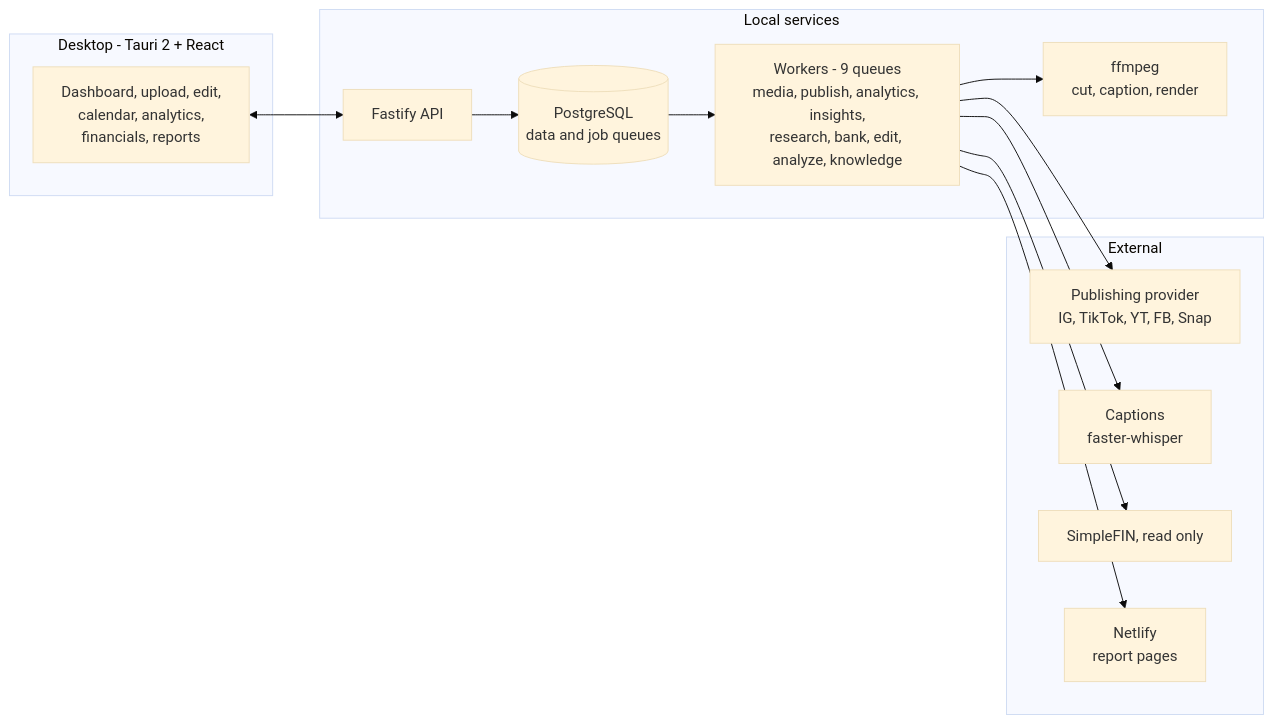
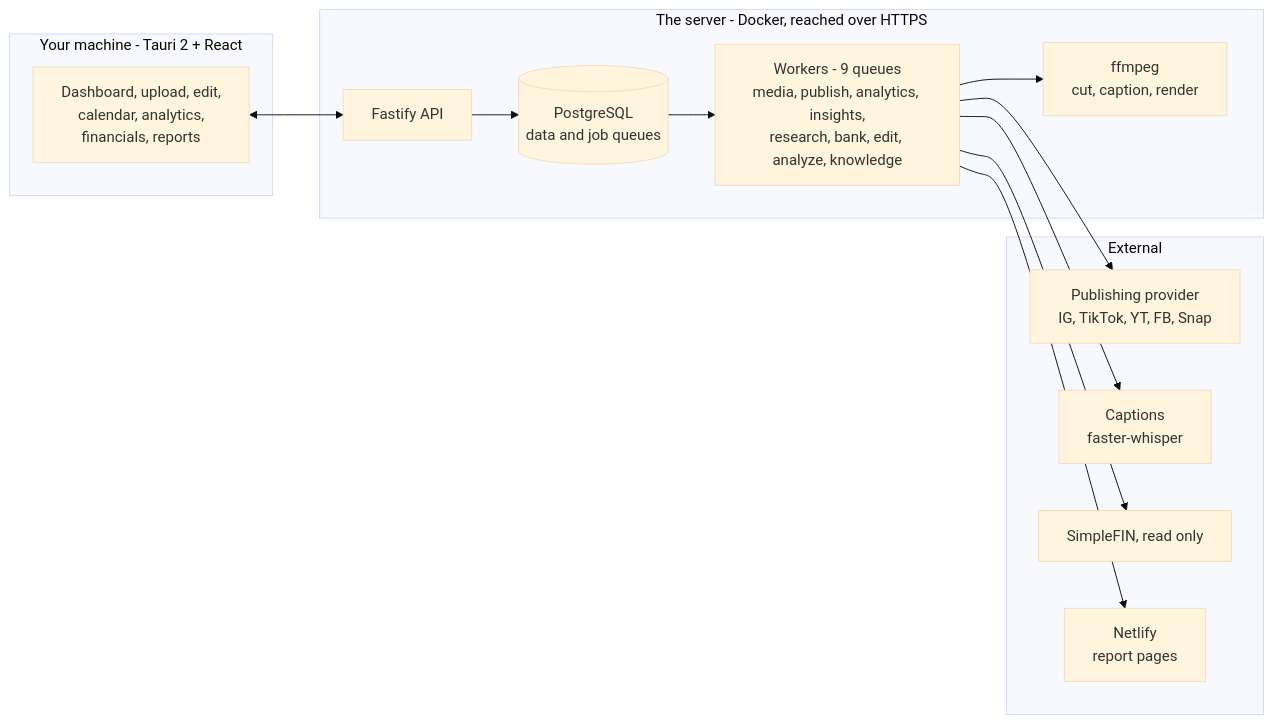
The second of 2 diagrams in README.md (TyroneMadison/toreroflow), drawn with Mermaid (base theme) before and after one commit. The commit also changed other lines of this file and 2 other files, not shown here.

````diff
--- a/README.md
+++ b/README.md
@@ -246,26 +249,26 @@
 ```mermaid
 flowchart LR
-    subgraph desktop["Desktop - Tauri 2 + React"]
+    subgraph desktop["Your machine - Tauri 2 + React"]
         UI["Dashboard, upload, edit,<br/>calendar, analytics,<br/>financials, reports"]
     end
-    subgraph local["Local services"]
+    subgraph server["The server - Docker, reached over HTTPS"]
         API["Fastify API"]
         W["Workers - 9 queues<br/>media, publish, analytics, insights,<br/>research, bank, edit, analyze, knowledge"]
         DB[("PostgreSQL<br/>data and job queues")]
         FF["ffmpeg<br/>cut, caption, render"]
     end
     subgraph ext["External"]
         PUB["Publishing provider<br/>IG, TikTok, YT, FB, Snap"]
         CAP["Captions<br/>faster-whisper"]
         BANK["SimpleFIN, read only"]
         NET["Netlify<br/>report pages"]
     end
     UI <--> API
     API --> DB
     DB --> W
     W --> FF
     W --> PUB
     W --> CAP
     W --> BANK
     W --> NET
 ```
````
